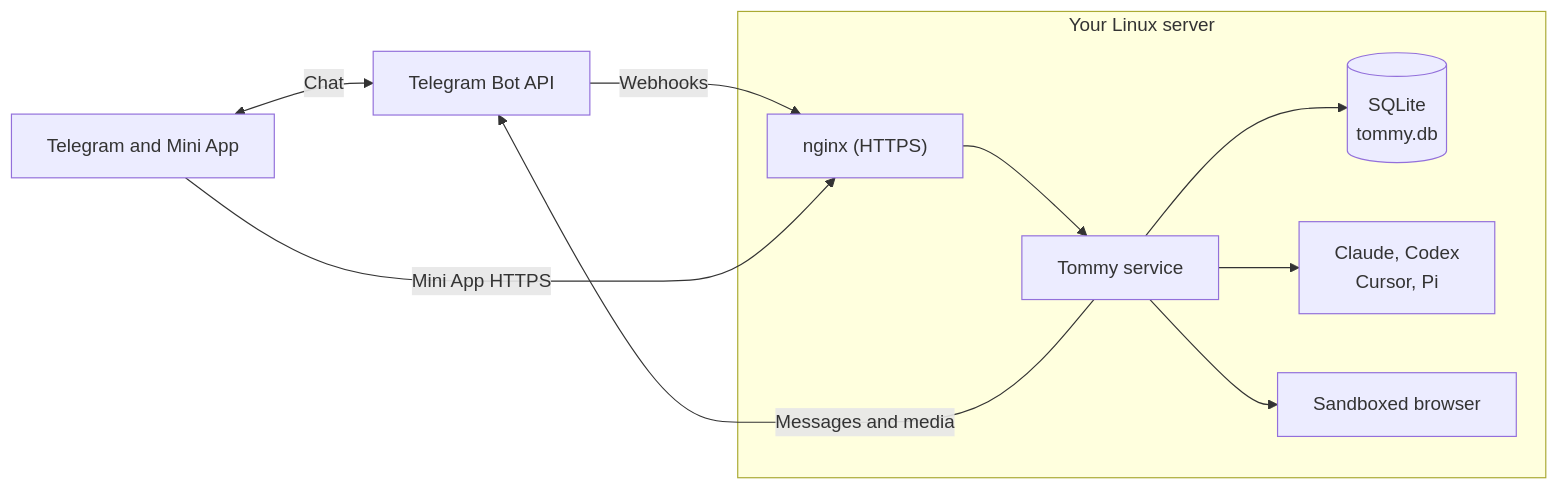
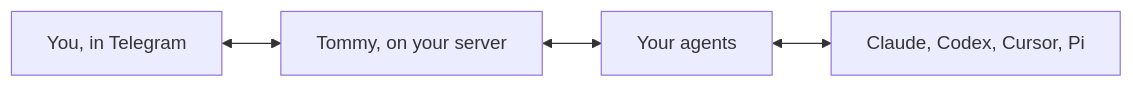
One commit to jbaehova/tommy changed the diagram in README.md. Above: the diagram before and after it, drawn with Mermaid. The commit also changed other lines of this file and 18 other files, not shown here.

````diff
--- a/README.md
+++ b/README.md
@@ -76,18 +38,6 @@
 ```mermaid
 flowchart LR
-    telegram["Telegram and Mini App"] <-->|Chat| api["Telegram Bot API"]
-    subgraph Server["Your Linux server"]
-        nginx["nginx (HTTPS)"]
-        tommy["Tommy service"]
-        db[("SQLite<br>tommy.db")]
-        providers["Claude, Codex<br>Cursor, Pi"]
-        browser["Sandboxed browser"]
-    end
-    api -- "Webhooks" --> nginx
-    tommy -- "Messages and media" --> api
-    telegram -- "Mini App HTTPS" --> nginx
-    nginx --> tommy
-    tommy --> db
-    tommy --> providers
-    tommy --> browser
+    you["You, in Telegram"] <--> tommy["Tommy, on your server"]
+    tommy <--> agents["Your agents"]
+    agents <--> models["Claude, Codex, Cursor, Pi"]
 ```
````
